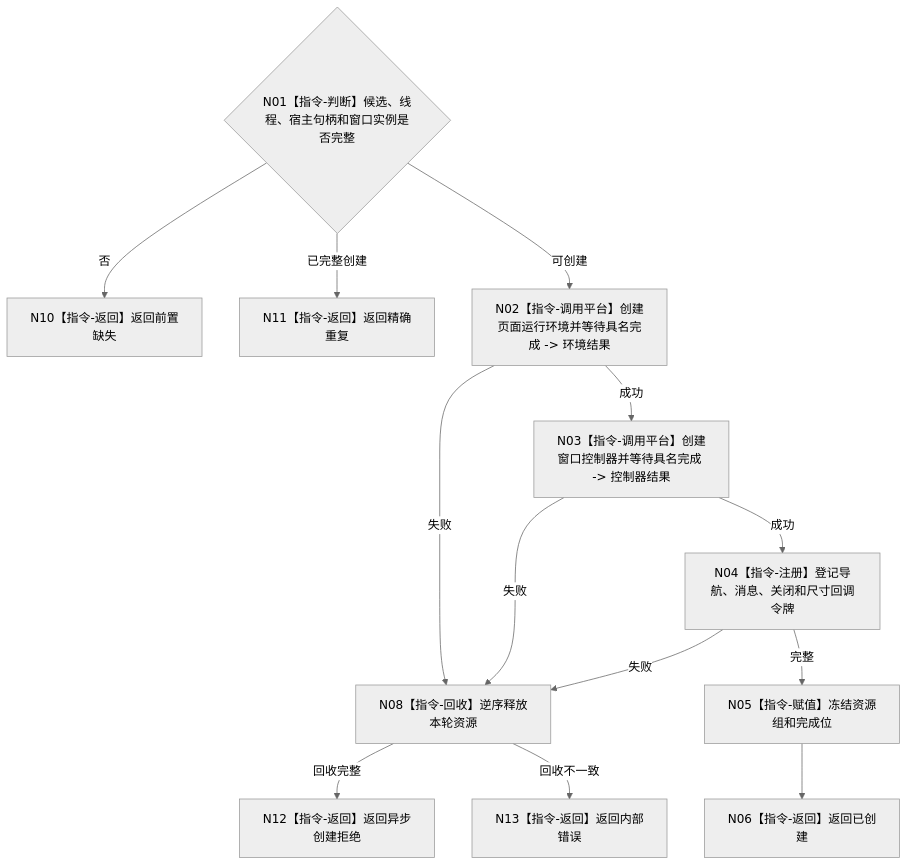
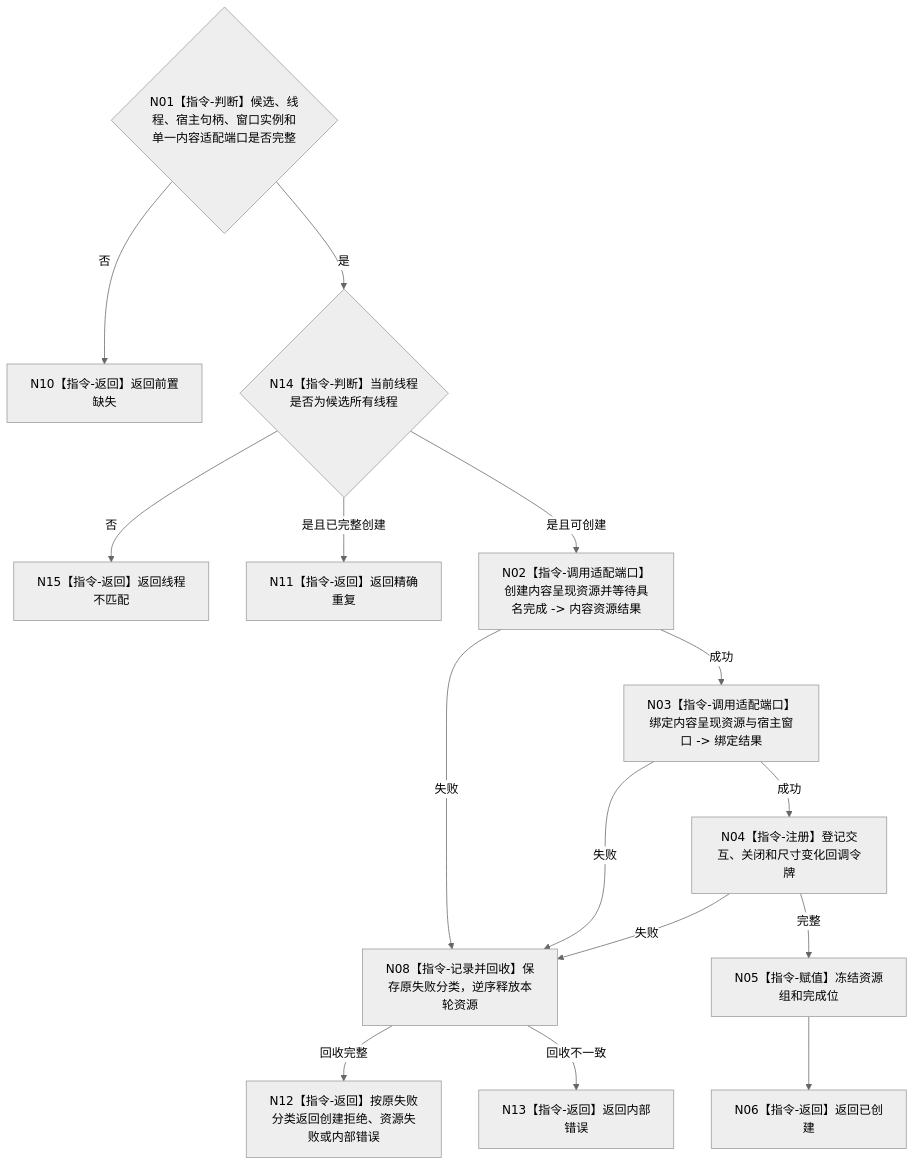
One commit to chunhaizh-cyber/HY-Ego changed the diagram in 流程图/目标业务流程图/L4/BIZ-L4-005-01-01-03_创建控制面板窗口资源组_目标函数流程图_v0.2.md. Above: the diagram before and after it, drawn with Mermaid (neutral theme). The commit also changed other lines of this file and 18 other files, not shown here.

````diff
--- a/流程图/目标业务流程图/L4/BIZ-L4-005-01-01-03_创建控制面板窗口资源组_目标函数流程图_v0.2.md
+++ b/流程图/目标业务流程图/L4/BIZ-L4-005-01-01-03_创建控制面板窗口资源组_目标函数流程图_v0.2.md
@@ -31,14 +31,16 @@
 ```mermaid
-flowchart TD
- N01{"N01【指令-判断】候选、线程、宿主句柄和窗口实例是否完整"} -->|否| N10["N10【指令-返回】返回前置缺失"]
- N01 -->|已完整创建| N11["N11【指令-返回】返回精确重复"]
- N01 -->|可创建| N02["N02【指令-调用平台】创建页面运行环境并等待具名完成 -> 环境结果"]
- N02 -->|失败| N08["N08【指令-回收】逆序释放本轮资源"]
- N02 -->|成功| N03["N03【指令-调用平台】创建窗口控制器并等待具名完成 -> 控制器结果"]
+ flowchart TD
+ N01{"N01【指令-判断】候选、线程、宿主句柄、窗口实例和单一内容适配端口是否完整"} -->|否| N10["N10【指令-返回】返回前置缺失"]
+ N01 -->|是| N14{"N14【指令-判断】当前线程是否为候选所有线程"}
+ N14 -->|否| N15["N15【指令-返回】返回线程不匹配"]
+ N14 -->|是且已完整创建| N11["N11【指令-返回】返回精确重复"]
+ N14 -->|是且可创建| N02["N02【指令-调用适配端口】创建内容呈现资源并等待具名完成 -> 内容资源结果"]
+ N02 -->|失败| N08["N08【指令-记录并回收】保存原失败分类，逆序释放本轮资源"]
+ N02 -->|成功| N03["N03【指令-调用适配端口】绑定内容呈现资源与宿主窗口 -> 绑定结果"]
  N03 -->|失败| N08
- N03 -->|成功| N04["N04【指令-注册】登记导航、消息、关闭和尺寸回调令牌"]
+ N03 -->|成功| N04["N04【指令-注册】登记交互、关闭和尺寸变化回调令牌"]
  N04 -->|失败| N08
  N04 -->|完整| N05["N05【指令-赋值】冻结资源组和完成位"] --> N06["N06【指令-返回】返回已创建"]
- N08 -->|回收完整| N12["N12【指令-返回】返回异步创建拒绝"]
+ N08 -->|回收完整| N12["N12【指令-返回】按原失败分类返回创建拒绝、资源失败或内部错误"]
  N08 -->|回收不一致| N13["N13【指令-返回】返回内部错误"]
 ```
````
